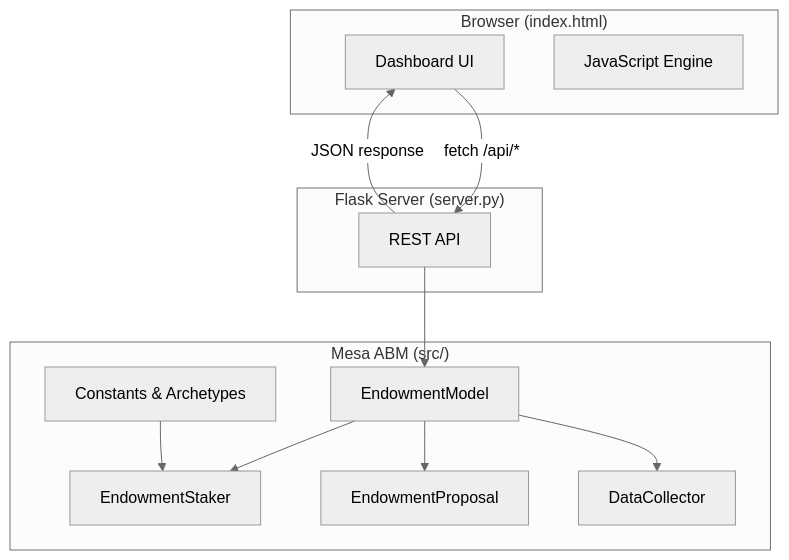
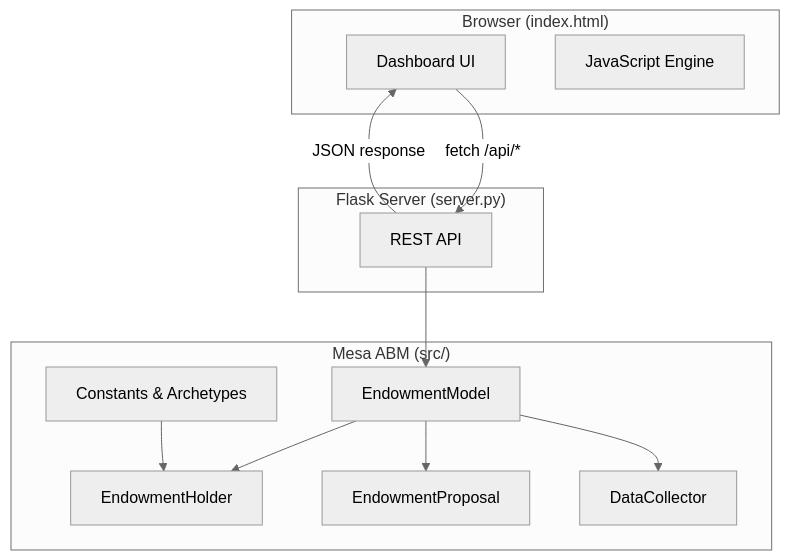
Before and after one commit to rsthornton/rsc-endowment-abm: the first of 13 diagrams in ARCHITECTURE.md, drawn with Mermaid (neutral theme). The commit also changed other lines of this file and 13 other files, not shown here.

````diff
--- a/ARCHITECTURE.md
+++ b/ARCHITECTURE.md
@@ -5,27 +5,27 @@
 ```mermaid
 graph TB
     subgraph Browser["Browser (index.html)"]
         UI[Dashboard UI]
         JS[JavaScript Engine]
     end
 
     subgraph Server["Flask Server (server.py)"]
         API[REST API]
     end
 
     subgraph Model["Mesa ABM (src/)"]
         EM[EndowmentModel]
-        ES[EndowmentStaker]
+        EH[EndowmentHolder]
         EP[EndowmentProposal]
         DC[DataCollector]
         CT[Constants & Archetypes]
     end
 
     UI -->|fetch /api/*| API
     API -->|JSON response| UI
     API --> EM
-    EM --> ES
+    EM --> EH
     EM --> EP
     EM --> DC
-    CT --> ES
+    CT --> EH
 ```
````
